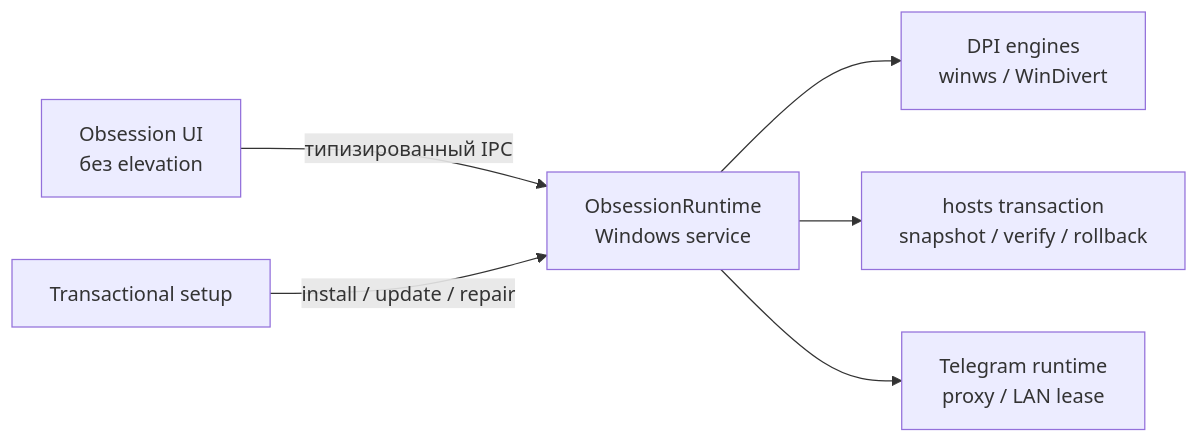
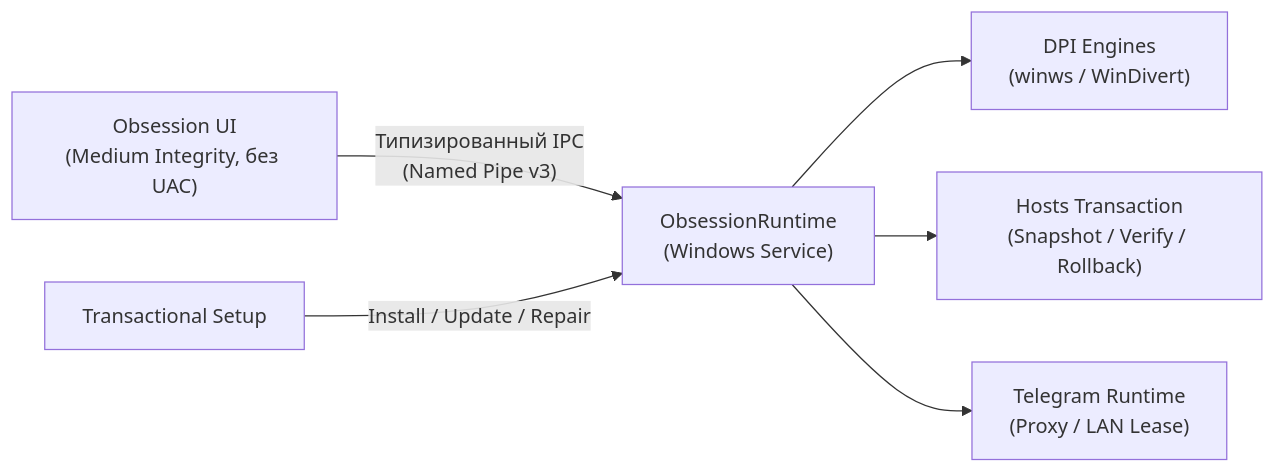
One commit to AcediaWhy/Obsession changed the diagram in README.md. Above: the diagram before and after it, drawn with Mermaid. The commit also changed other lines of this file and 2 other files, not shown here.

````diff
--- a/README.md
+++ b/README.md
@@ -74,8 +64,8 @@
 ```mermaid
 flowchart LR
-    UI["Obsession UI<br/>без elevation"] -->|"типизированный IPC"| RT["ObsessionRuntime<br/>Windows service"]
-    RT --> DPI["DPI engines<br/>winws / WinDivert"]
-    RT --> HOSTS["hosts transaction<br/>snapshot / verify / rollback"]
-    RT --> TG["Telegram runtime<br/>proxy / LAN lease"]
-    SETUP["Transactional setup"] -->|"install / update / repair"| RT
+    UI["Obsession UI<br/>(Medium Integrity, без UAC)"] -->|"Типизированный IPC<br/>(Named Pipe v3)"| RT["ObsessionRuntime<br/>(Windows Service)"]
+    RT --> DPI["DPI Engines<br/>(winws / WinDivert)"]
+    RT --> HOSTS["Hosts Transaction<br/>(Snapshot / Verify / Rollback)"]
+    RT --> TG["Telegram Runtime<br/>(Proxy / LAN Lease)"]
+    SETUP["Transactional Setup"] -->|"Install / Update / Repair"| RT
 ```
````
